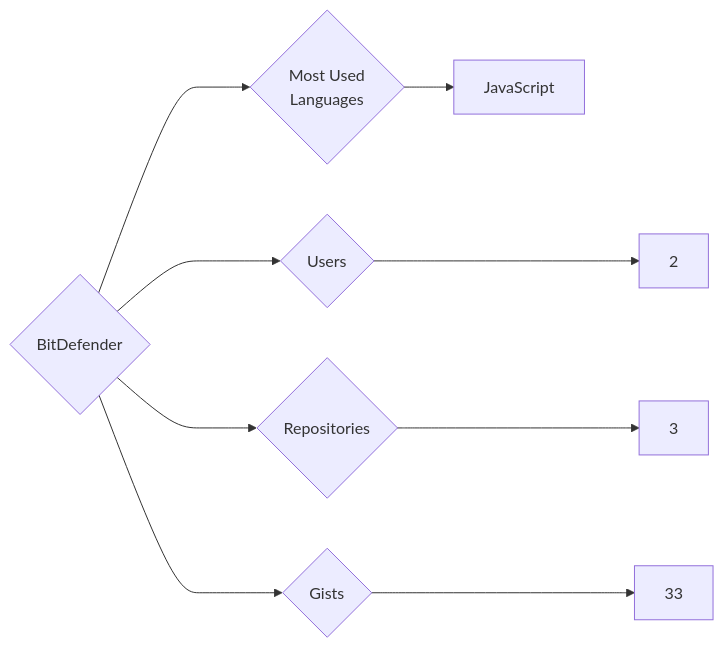
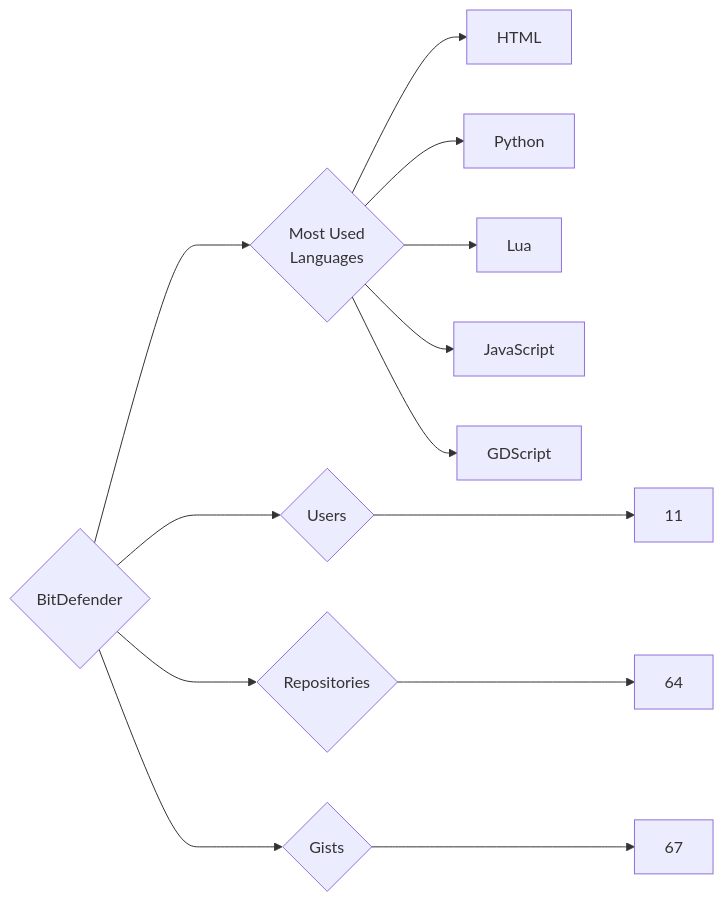
The diagram in targets/BitDefender/README.md (trickest/insiders), drawn with Mermaid before and after one commit. The commit also changed 899 other files, not shown here.

````diff
--- a/targets/BitDefender/README.md
+++ b/targets/BitDefender/README.md
@@ -3,9 +3,13 @@
 ```mermaid
 graph LR
 COMPANY_NAME{BitDefender}
-COMPANY_NAME ---> U{Users} ---> UN[2]
-COMPANY_NAME ---> R{Repositories} ---> RN[3]
-COMPANY_NAME ---> G{Gists} ---> GN[33]
+COMPANY_NAME ---> U{Users} ---> UN[11]
+COMPANY_NAME ---> R{Repositories} ---> RN[64]
+COMPANY_NAME ---> G{Gists} ---> GN[67]
 COMPANY_NAME ---> ML{Most Used<br>Languages}
+ML --> HTML[HTML]
+ML --> Python[Python]
+ML --> Lua[Lua]
 ML --> JavaScript[JavaScript]
+ML --> GDScript[GDScript]
 ```
````
